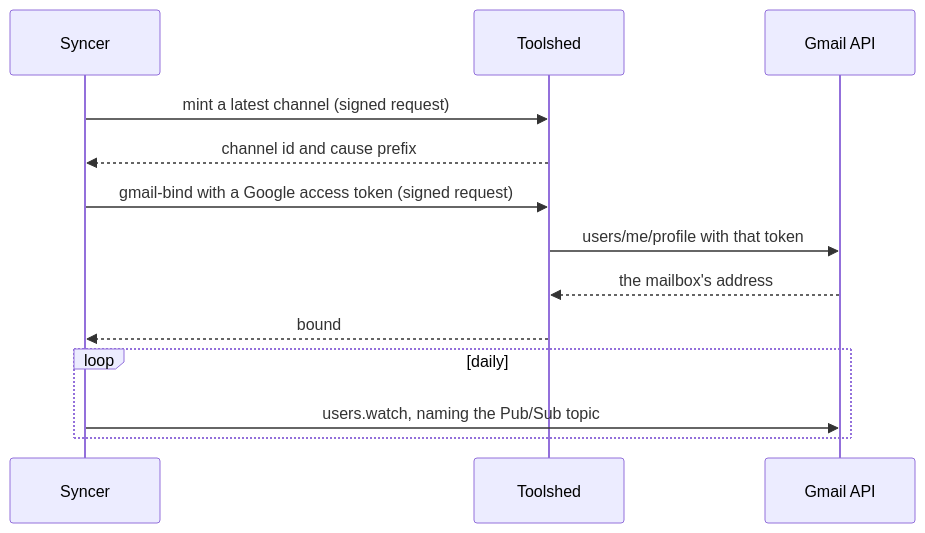
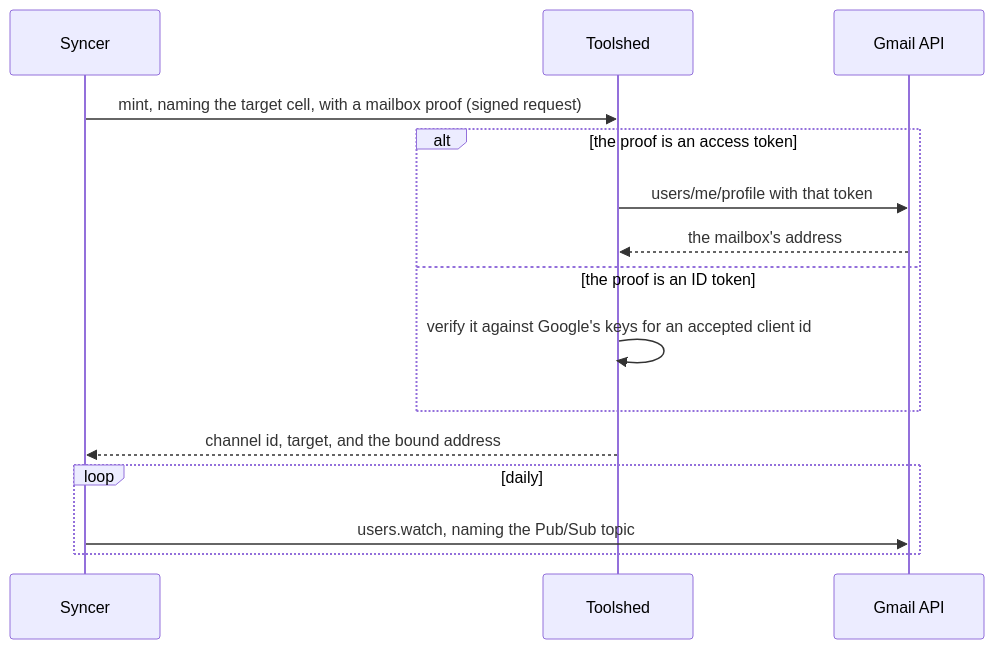
Before and after one commit to commonfabric/labs: the second of 4 diagrams in docs/features/gmail-push-architecture.md, drawn with Mermaid. The commit also changed other lines of this file and 44 other files, not shown here.

First line of the commit message:
feat(toolshed): bind a Gmail mailbox on mint, and drop the bind verbs (#8626)

````diff
--- a/docs/features/gmail-push-architecture.md
+++ b/docs/features/gmail-push-architecture.md
@@ -87,16 +91,18 @@
 ```mermaid
 sequenceDiagram
     participant S as Syncer
     participant T as Toolshed
     participant G as Gmail API
 
-    S->>T: mint a latest channel (signed request)
-    T-->>S: channel id and cause prefix
-    S->>T: gmail-bind with a Google access token (signed request)
-    T->>G: users/me/profile with that token
-    G-->>T: the mailbox's address
-    T-->>S: bound
+    S->>T: mint, naming the target cell, with a mailbox proof (signed request)
+    alt the proof is an access token
+        T->>G: users/me/profile with that token
+        G-->>T: the mailbox's address
+    else the proof is an ID token
+        T->>T: verify it against Google's keys for an accepted client id
+    end
+    T-->>S: channel id, target, and the bound address
     loop daily
         S->>G: users.watch, naming the Pub/Sub topic
     end
 ```
````
